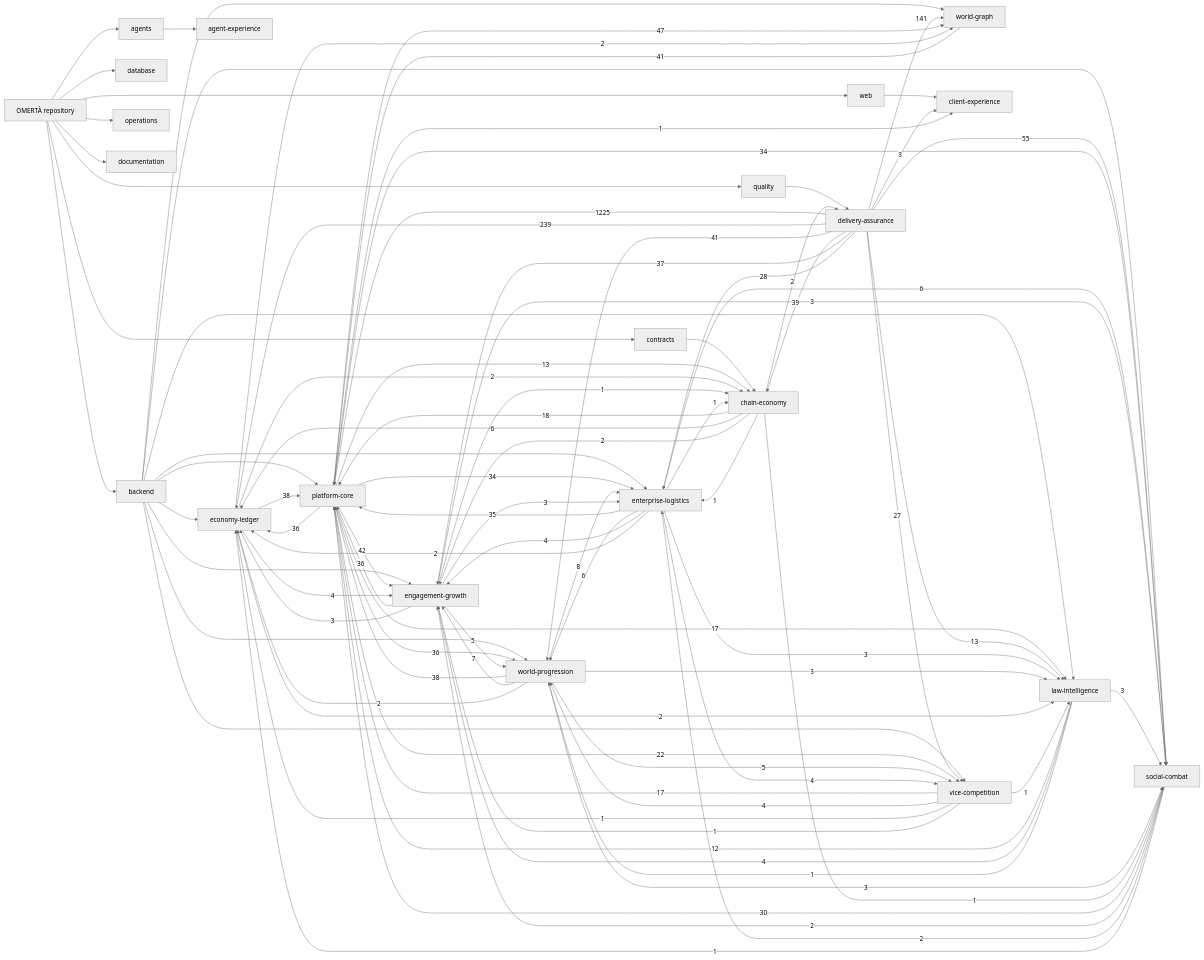
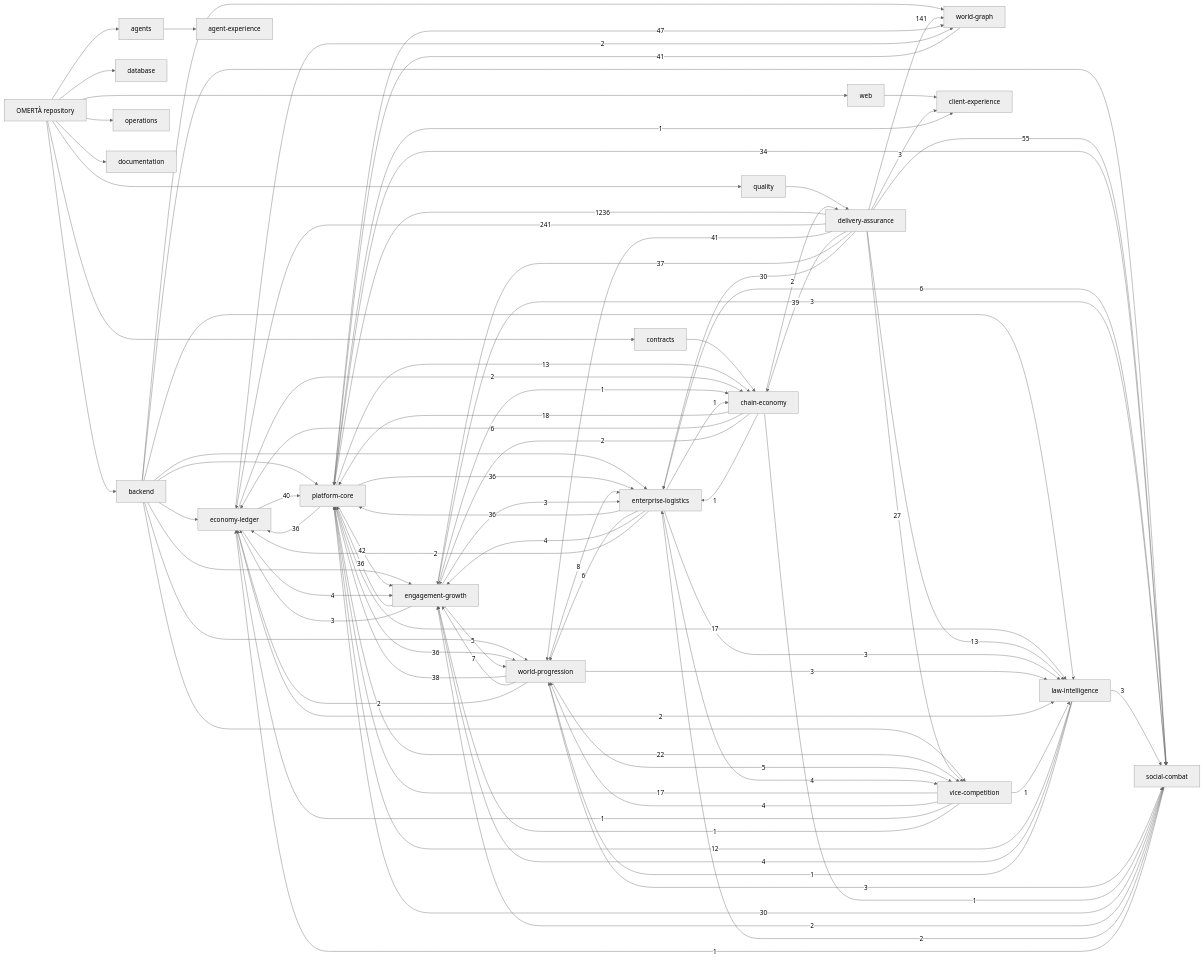
The diagram in knowledge/generated/graph.mmd (OmertaDev/Omerta), drawn with Mermaid (neutral theme) before and after one commit. The commit also changed 8 other files, not shown here.

```diff
--- a/knowledge/generated/graph.mmd
+++ b/knowledge/generated/graph.mmd
@@ -1,111 +1,111 @@
 flowchart LR
   repo["OMERTÀ repository"]
   sub_backend["backend"]
   repo --> sub_backend
   sub_database["database"]
   repo --> sub_database
   sub_web["web"]
   repo --> sub_web
   sub_contracts["contracts"]
   repo --> sub_contracts
   sub_agents["agents"]
   repo --> sub_agents
   sub_quality["quality"]
   repo --> sub_quality
   sub_operations["operations"]
   repo --> sub_operations
   sub_documentation["documentation"]
   repo --> sub_documentation
   dom_platform-core["platform-core"]
   dom_economy-ledger["economy-ledger"]
   dom_social-combat["social-combat"]
   dom_world-progression["world-progression"]
   dom_world-graph["world-graph"]
   dom_enterprise-logistics["enterprise-logistics"]
   dom_vice-competition["vice-competition"]
   dom_law-intelligence["law-intelligence"]
   dom_chain-economy["chain-economy"]
   dom_engagement-growth["engagement-growth"]
   dom_client-experience["client-experience"]
   dom_agent-experience["agent-experience"]
   dom_delivery-assurance["delivery-assurance"]
   sub_agents --> dom_agent-experience
   sub_backend --> dom_economy-ledger
   sub_backend --> dom_engagement-growth
   sub_backend --> dom_enterprise-logistics
   sub_backend --> dom_law-intelligence
   sub_backend --> dom_platform-core
   sub_backend --> dom_social-combat
   sub_backend --> dom_vice-competition
   sub_backend --> dom_world-graph
   sub_backend --> dom_world-progression
   sub_contracts --> dom_chain-economy
   sub_quality --> dom_delivery-assurance
   sub_web --> dom_client-experience
-  dom_delivery-assurance -->|1225| dom_platform-core
-  dom_delivery-assurance -->|239| dom_economy-ledger
+  dom_delivery-assurance -->|1236| dom_platform-core
+  dom_delivery-assurance -->|241| dom_economy-ledger
   dom_delivery-assurance -->|141| dom_world-graph
   dom_delivery-assurance -->|55| dom_social-combat
   dom_platform-core -->|47| dom_world-graph
   dom_platform-core -->|42| dom_engagement-growth
   dom_delivery-assurance -->|41| dom_world-progression
   dom_world-graph -->|41| dom_platform-core
+  dom_economy-ledger -->|40| dom_platform-core
   dom_delivery-assurance -->|39| dom_chain-economy
-  dom_economy-ledger -->|38| dom_platform-core
   dom_world-progression -->|38| dom_platform-core
   dom_delivery-assurance -->|37| dom_engagement-growth
   dom_engagement-growth -->|36| dom_platform-core
+  dom_enterprise-logistics -->|36| dom_platform-core
   dom_platform-core -->|36| dom_economy-ledger
+  dom_platform-core -->|36| dom_enterprise-logistics
   dom_platform-core -->|36| dom_world-progression
-  dom_enterprise-logistics -->|35| dom_platform-core
-  dom_platform-core -->|34| dom_enterprise-logistics
   dom_platform-core -->|34| dom_social-combat
+  dom_delivery-assurance -->|30| dom_enterprise-logistics
   dom_social-combat -->|30| dom_platform-core
-  dom_delivery-assurance -->|28| dom_enterprise-logistics
   dom_delivery-assurance -->|27| dom_vice-competition
   dom_platform-core -->|22| dom_vice-competition
   dom_chain-economy -->|18| dom_platform-core
   dom_platform-core -->|17| dom_law-intelligence
   dom_vice-competition -->|17| dom_platform-core
   dom_delivery-assurance -->|13| dom_law-intelligence
   dom_platform-core -->|13| dom_chain-economy
   dom_law-intelligence -->|12| dom_platform-core
   dom_world-progression -->|8| dom_enterprise-logistics
   dom_world-progression -->|7| dom_engagement-growth
   dom_chain-economy -->|6| dom_economy-ledger
   dom_enterprise-logistics -->|6| dom_social-combat
   dom_enterprise-logistics -->|6| dom_world-progression
   dom_engagement-growth -->|5| dom_world-progression
   dom_world-progression -->|5| dom_vice-competition
   dom_economy-ledger -->|4| dom_engagement-growth
   dom_enterprise-logistics -->|4| dom_engagement-growth
   dom_enterprise-logistics -->|4| dom_vice-competition
   dom_law-intelligence -->|4| dom_engagement-growth
   dom_vice-competition -->|4| dom_world-progression
   dom_delivery-assurance -->|3| dom_client-experience
   dom_engagement-growth -->|3| dom_economy-ledger
   dom_engagement-growth -->|3| dom_enterprise-logistics
   dom_engagement-growth -->|3| dom_social-combat
   dom_enterprise-logistics -->|3| dom_law-intelligence
   dom_law-intelligence -->|3| dom_social-combat
   dom_world-progression -->|3| dom_law-intelligence
   dom_world-progression -->|3| dom_social-combat
   dom_chain-economy -->|2| dom_delivery-assurance
   dom_chain-economy -->|2| dom_engagement-growth
   dom_economy-ledger -->|2| dom_chain-economy
   dom_economy-ledger -->|2| dom_law-intelligence
   dom_economy-ledger -->|2| dom_world-graph
   dom_enterprise-logistics -->|2| dom_economy-ledger
   dom_social-combat -->|2| dom_engagement-growth
   dom_social-combat -->|2| dom_enterprise-logistics
   dom_world-progression -->|2| dom_economy-ledger
   dom_chain-economy -->|1| dom_enterprise-logistics
   dom_chain-economy -->|1| dom_social-combat
   dom_engagement-growth -->|1| dom_chain-economy
   dom_enterprise-logistics -->|1| dom_chain-economy
   dom_law-intelligence -->|1| dom_world-progression
   dom_platform-core -->|1| dom_client-experience
   dom_social-combat -->|1| dom_economy-ledger
   dom_vice-competition -->|1| dom_economy-ledger
   dom_vice-competition -->|1| dom_engagement-growth
   dom_vice-competition -->|1| dom_law-intelligence
```
